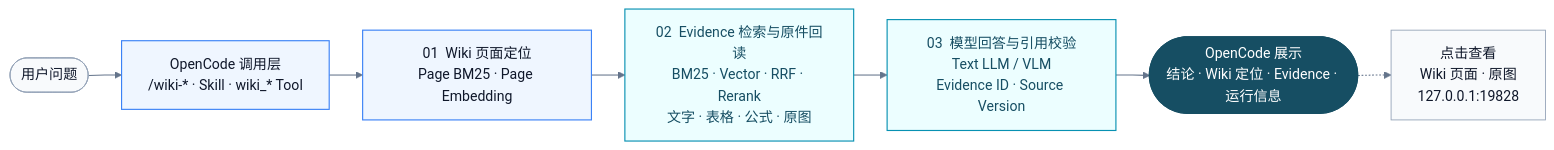
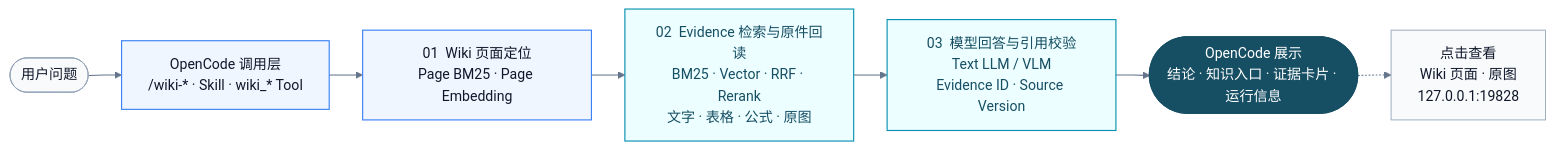
The third of 3 diagrams in README.md (yooa722/multimodal-llm-wiki), drawn with Mermaid before and after one commit. The commit also changed other lines of this file and 27 other files, not shown here.

First line of the commit message:
feat: 完善多模态处理路由与 OpenCode 证据展示

````diff
--- a/README.md
+++ b/README.md
@@ -114,21 +114,21 @@
 ```mermaid
 %%{init: {"theme":"base","flowchart":{"curve":"linear","nodeSpacing":32,"rankSpacing":38},"themeVariables":{"fontFamily":"Inter, -apple-system, BlinkMacSystemFont, Segoe UI, sans-serif"}}}%%
 flowchart LR
     U(["用户问题"]) --> O["OpenCode 调用层<br/>/wiki-* · Skill · wiki_* Tool"]
     O --> P["01  Wiki 页面定位<br/>Page BM25 · Page Embedding"]
     P --> E["02  Evidence 检索与原件回读<br/>BM25 · Vector · RRF · Rerank<br/>文字 · 表格 · 公式 · 原图"]
     E --> A["03  模型回答与引用校验<br/>Text LLM / VLM<br/>Evidence ID · Source Version"]
-    A --> X(["OpenCode 展示<br/>结论 · Wiki 定位 · Evidence · 运行信息"])
+    A --> X(["OpenCode 展示<br/>结论 · 知识入口 · 证据卡片 · 运行信息"])
     X -.-> H["点击查看<br/>Wiki 页面 · 原图<br/>127.0.0.1:19828"]
 
     class U,H neutral
     class O,P core
     class E,A multimodal
     class X result
     classDef neutral fill:#F8FAFC,stroke:#94A3B8,color:#0F172A,stroke-width:1px
     classDef core fill:#EFF6FF,stroke:#3B82F6,color:#0F172A,stroke-width:1.3px
     classDef multimodal fill:#ECFEFF,stroke:#0891B2,color:#164E63,stroke-width:1.3px
     classDef storage fill:#F1F5F9,stroke:#475569,color:#0F172A,stroke-width:1.3px
     classDef result fill:#164E63,stroke:#164E63,color:#FFFFFF,stroke-width:1.3px
     linkStyle default stroke:#64748B,stroke-width:1.2px
 ```
````
